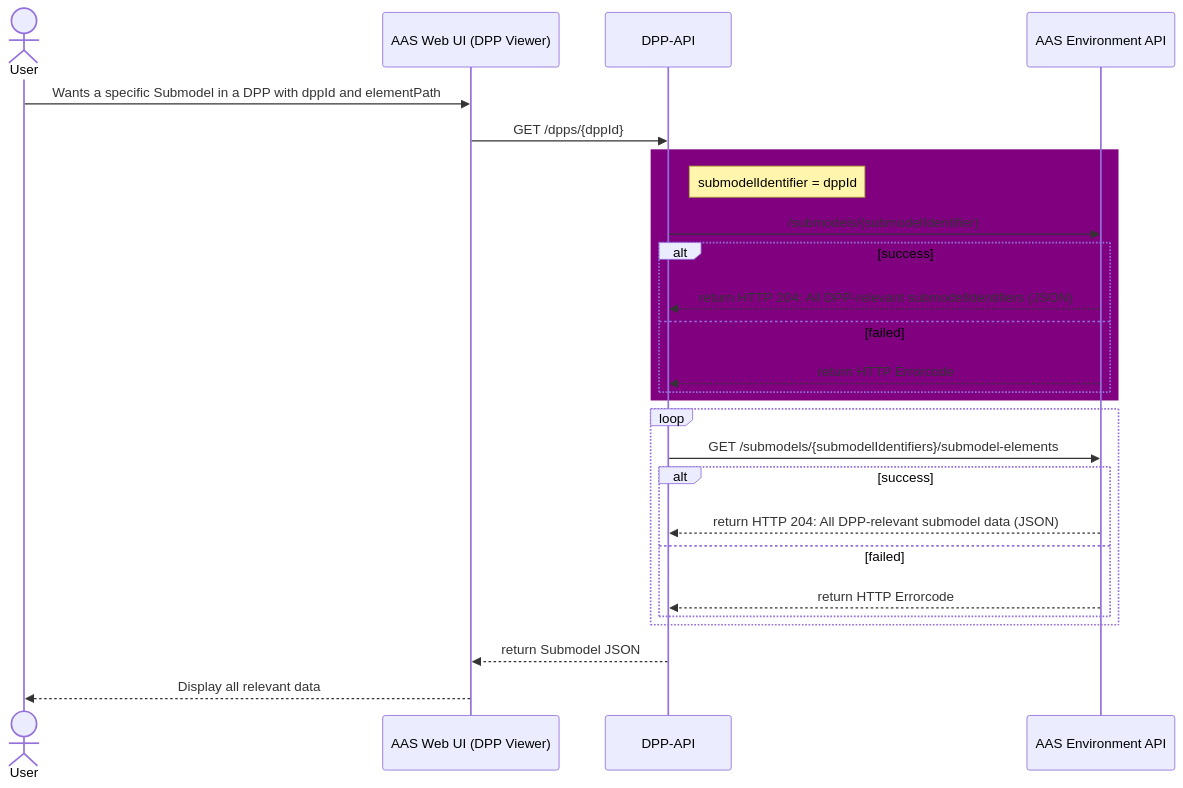
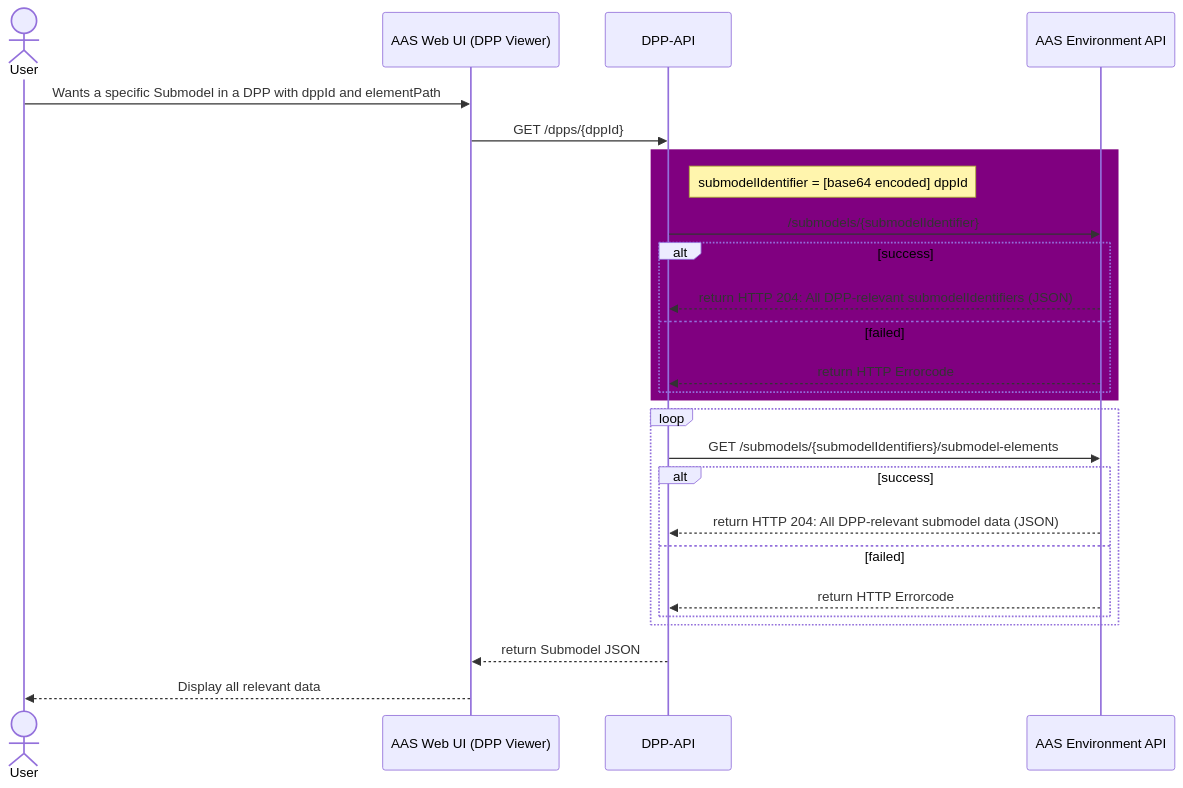
Before and after one commit to DHBW-TINF24F/Team6-BaSyx-DPP-API: the eighth of 8 diagrams in PROJECT/SAS/mapping.md, drawn with Mermaid. The commit also changed other lines of this file, not shown here.

Commit message:
notes on GET /dpps/{dppId}/collections/{elementId}

````diff
--- a/PROJECT/SAS/mapping.md
+++ b/PROJECT/SAS/mapping.md
@@ -301,32 +303,32 @@
 ```mermaid
 sequenceDiagram
   actor User
   participant Web as AAS Web UI (DPP Viewer)
   participant API as DPP-API
   participant Env as AAS Environment API
 
   User->>Web: Wants a specific Submodel in a DPP with dppId and elementPath
   Web->>API: GET /dpps/{dppId}
 
   rect purple
-    Note right of API: submodelIdentifier = dppId
+    Note right of API: submodelIdentifier = [base64 encoded] dppId
     API->>Env: /submodels/{submodelIdentifier}
     alt success
         Env-->>API: return HTTP 204: All DPP-relevant submodelIdentifiers (JSON)
     else failed
         Env-->>API: return HTTP Errorcode
     end
   end
 
   loop
     API->>Env: GET /submodels/{submodelIdentifiers}/submodel-elements
     alt success
       Env-->>API: return HTTP 204: All DPP-relevant submodel data (JSON)
     else failed
       Env-->>API: return HTTP Errorcode
     end
   end
 
   API-->>Web: return Submodel JSON
   Web-->>User: Display all relevant data
 ```
````
